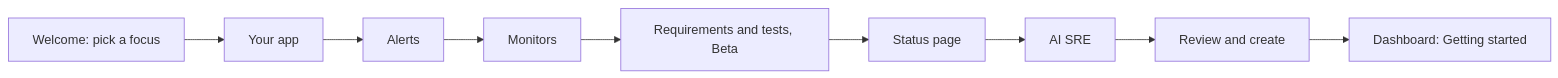
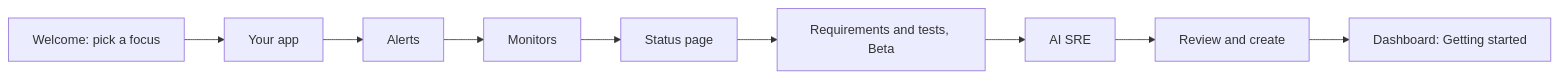
Before and after one commit to supercheck-io/supercheck: the diagram in docs/content/docs/app/project-setup.mdx, drawn with Mermaid. The commit also changed other lines of this file and 11 other files, not shown here.

````diff
--- a/docs/content/docs/app/project-setup.mdx
+++ b/docs/content/docs/app/project-setup.mdx
@@ -13,11 +13,11 @@
 ```mermaid
 flowchart LR
     A[Welcome: pick a focus] --> B[Your app]
     B --> C[Alerts]
     C --> D[Monitors]
-    D --> T[Requirements and tests, Beta]
-    T --> E[Status page]
-    E --> S[AI SRE]
+    D --> E[Status page]
+    E --> T[Requirements and tests, Beta]
+    T --> S[AI SRE]
     S --> F[Review and create]
     F --> G[Dashboard: Getting started]
 ```
````
